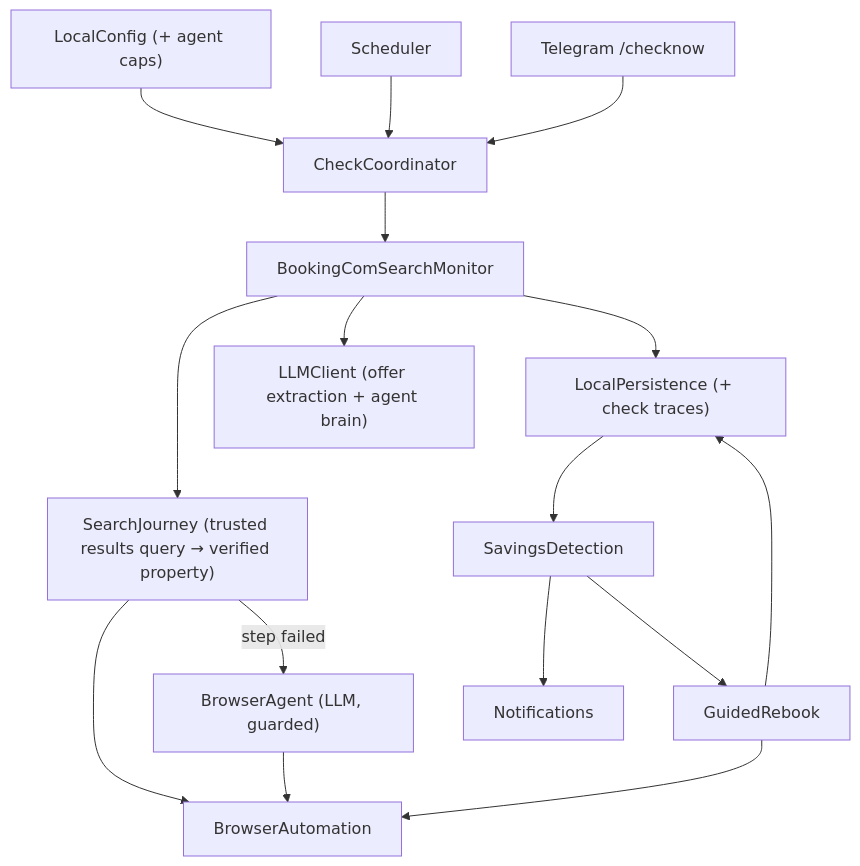
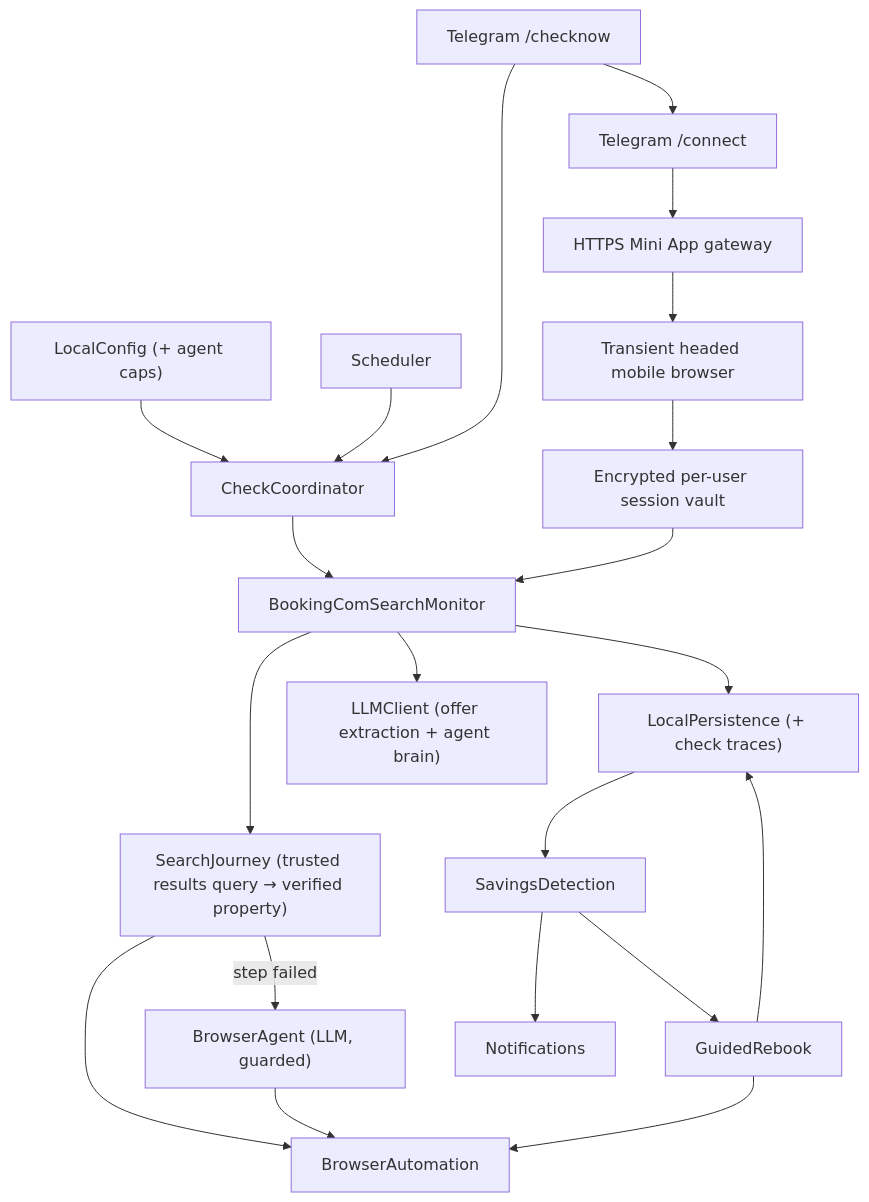
One commit to romkagribok/booksaver-agent changed the diagram in memory-bank/standards/system-architecture.md. Above: the diagram before and after it, drawn with Mermaid. The commit also changed other lines of this file and 113 other files, not shown here.

Commit message:
feat: add authenticated mobile Telegram sessions

````diff
--- a/memory-bank/standards/system-architecture.md
+++ b/memory-bank/standards/system-architecture.md
@@ -7,18 +7,23 @@
 ```mermaid
 flowchart TB
     Config["LocalConfig (+ agent caps)"] --> Coordinator["CheckCoordinator"]
     Scheduler["Scheduler"] --> Coordinator
     Telegram["Telegram /checknow"] --> Coordinator
+    Telegram --> Connect["Telegram /connect"]
+    Connect --> AuthGateway["HTTPS Mini App gateway"]
+    AuthGateway --> LoginBrowser["Transient headed mobile browser"]
+    LoginBrowser --> SessionVault["Encrypted per-user session vault"]
     Coordinator --> Monitor["BookingComSearchMonitor"]
+    SessionVault --> Monitor
     Monitor --> Journey["SearchJourney (trusted results query → verified property)"]
     Journey --> Browser["BrowserAutomation"]
     Journey -- "step failed" --> Agent["BrowserAgent (LLM, guarded)"]
     Agent --> Browser
     Monitor --> LLM["LLMClient (offer extraction + agent brain)"]
     Monitor --> Store["LocalPersistence (+ check traces)"]
     Store --> Savings["SavingsDetection"]
     Savings --> Notify["Notifications"]
     Savings --> Rebook["GuidedRebook"]
     Rebook --> Browser
     Rebook --> Store
 ```
````
